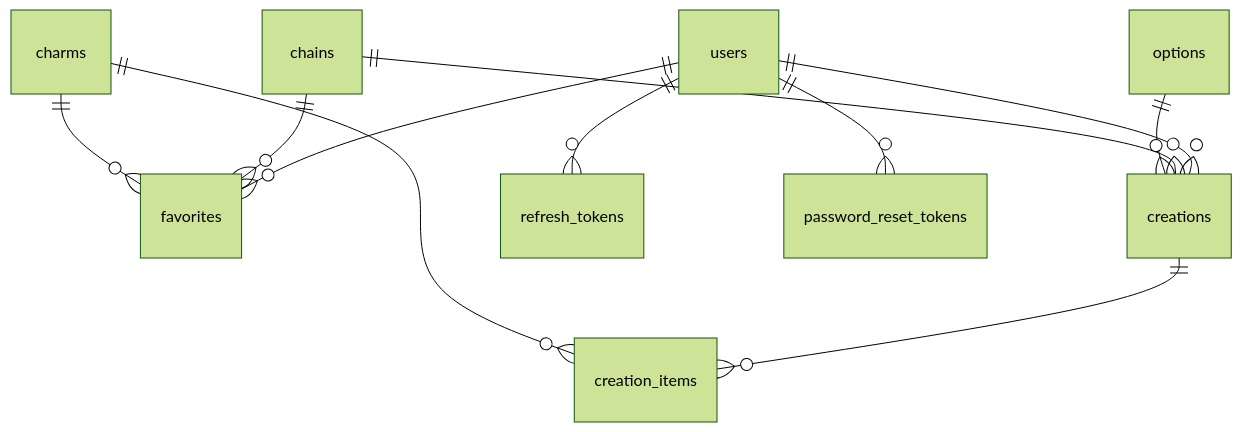
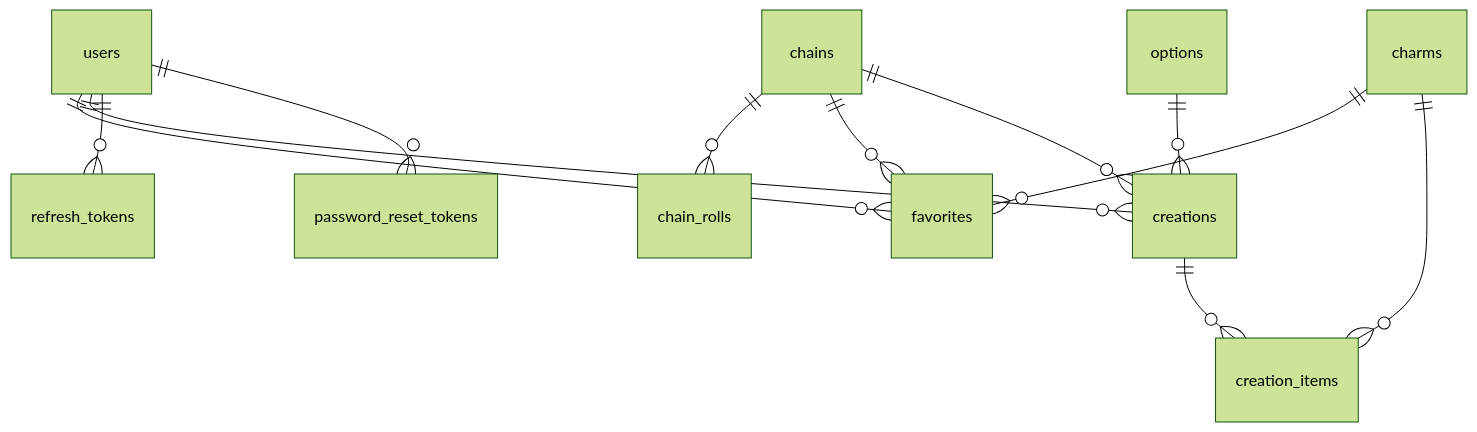
Before and after one commit to marieesss/jewel-shop: the third of 6 diagrams in docs/architecture.md, drawn with Mermaid (forest theme). The commit also changed other lines of this file and 1 other file, not shown here.

````diff
--- a/docs/architecture.md
+++ b/docs/architecture.md
@@ -118,13 +118,14 @@
 ```mermaid
 erDiagram
     users ||--o{ favorites : ""
     users ||--o{ creations : ""
     users ||--o{ refresh_tokens : ""
     users ||--o{ password_reset_tokens : ""
+    chains ||--o{ chain_rolls : ""
     chains ||--o{ favorites : ""
     charms ||--o{ favorites : ""
     chains ||--o{ creations : ""
     options ||--o{ creations : ""
     creations ||--o{ creation_items : ""
     charms ||--o{ creation_items : ""
 ```
````
